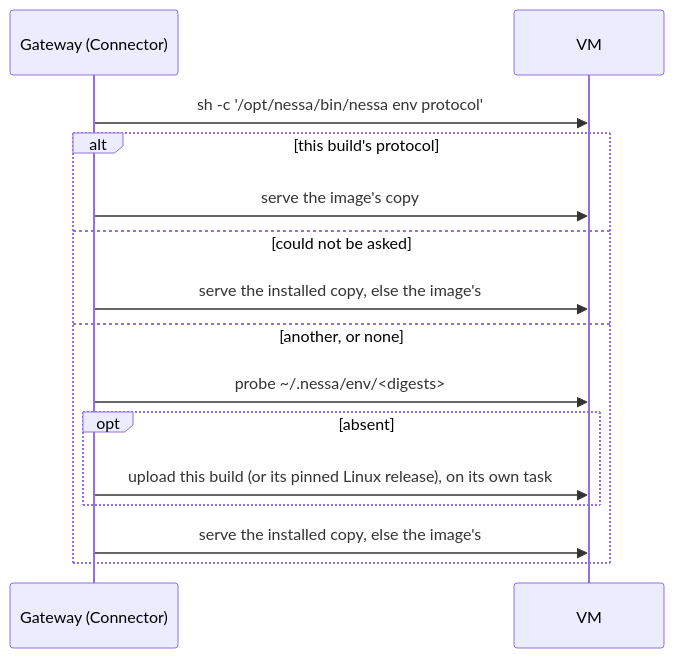
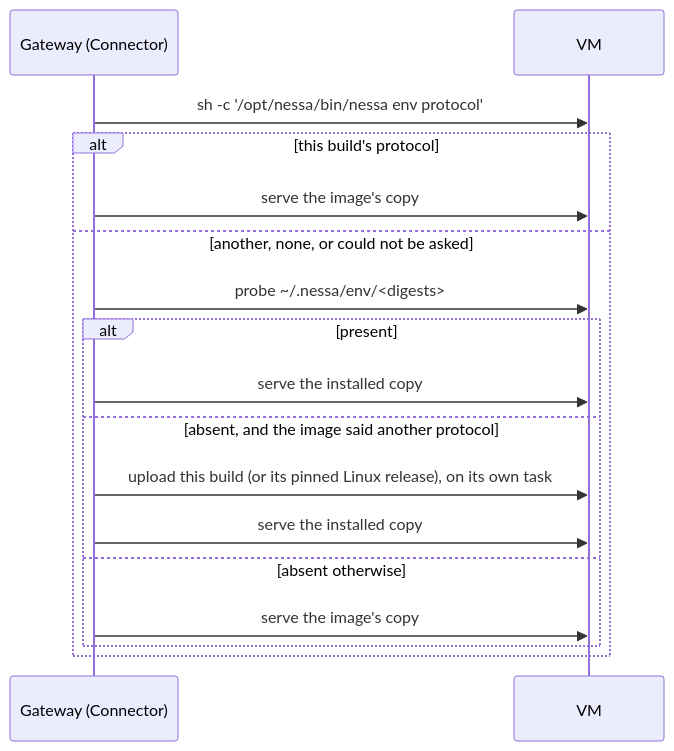
Before and after one commit to nessalabs/nessa-agent: the second of 2 diagrams in docs/adr/todo/1160-boat-workspaces.md, drawn with Mermaid. The commit also changed other lines of this file and 8 other files, not shown here.

First line of the commit message:
Choose a VM's copy before it starts, and record a stop as accepted, not finished

````diff
--- a/docs/adr/todo/1160-boat-workspaces.md
+++ b/docs/adr/todo/1160-boat-workspaces.md
@@ -314,17 +315,19 @@
 ```mermaid
 sequenceDiagram
     participant G as Gateway (Connector)
     participant V as VM
     G->>V: sh -c '/opt/nessa/bin/nessa env protocol'
     alt this build's protocol
         G->>V: serve the image's copy
-    else could not be asked
-        G->>V: serve the installed copy, else the image's
-    else another, or none
+    else another, none, or could not be asked
         G->>V: probe ~/.nessa/env/<digests>
-        opt absent
+        alt present
+            G->>V: serve the installed copy
+        else absent, and the image said another protocol
             G->>V: upload this build (or its pinned Linux release), on its own task
+            G->>V: serve the installed copy
+        else absent otherwise
+            G->>V: serve the image's copy
         end
-        G->>V: serve the installed copy, else the image's
     end
 ```
````
